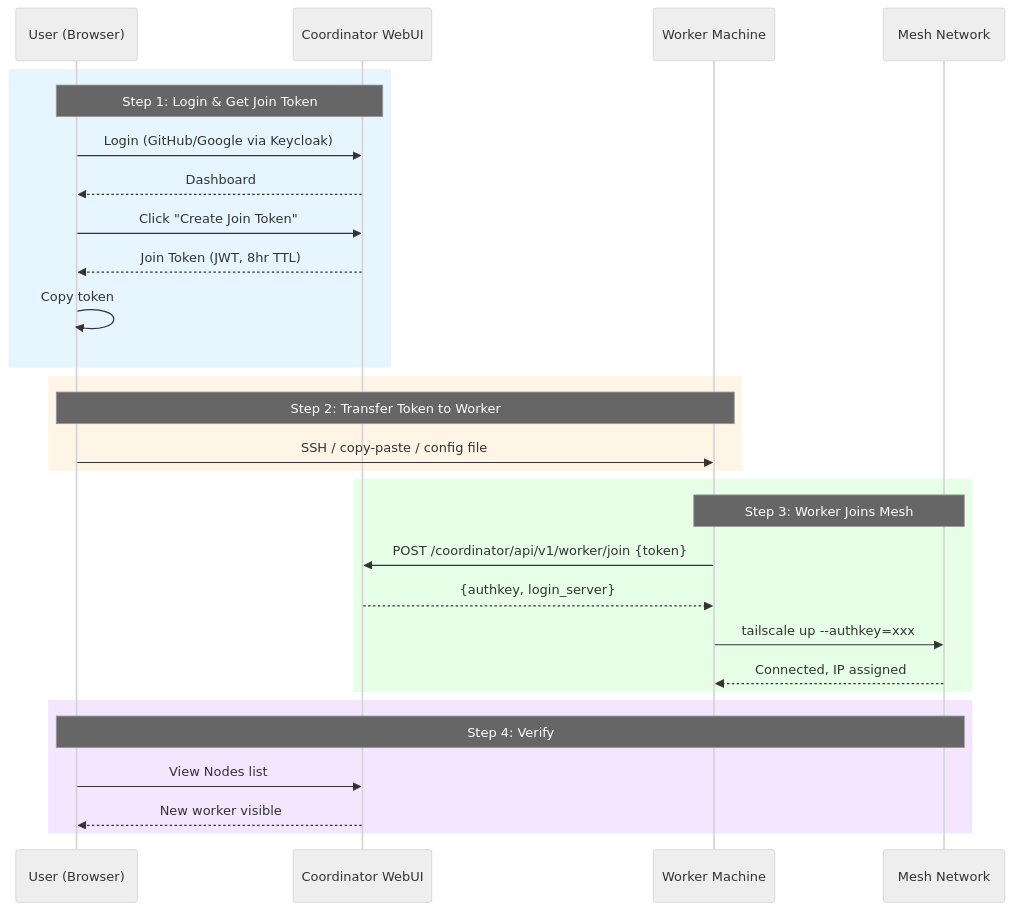
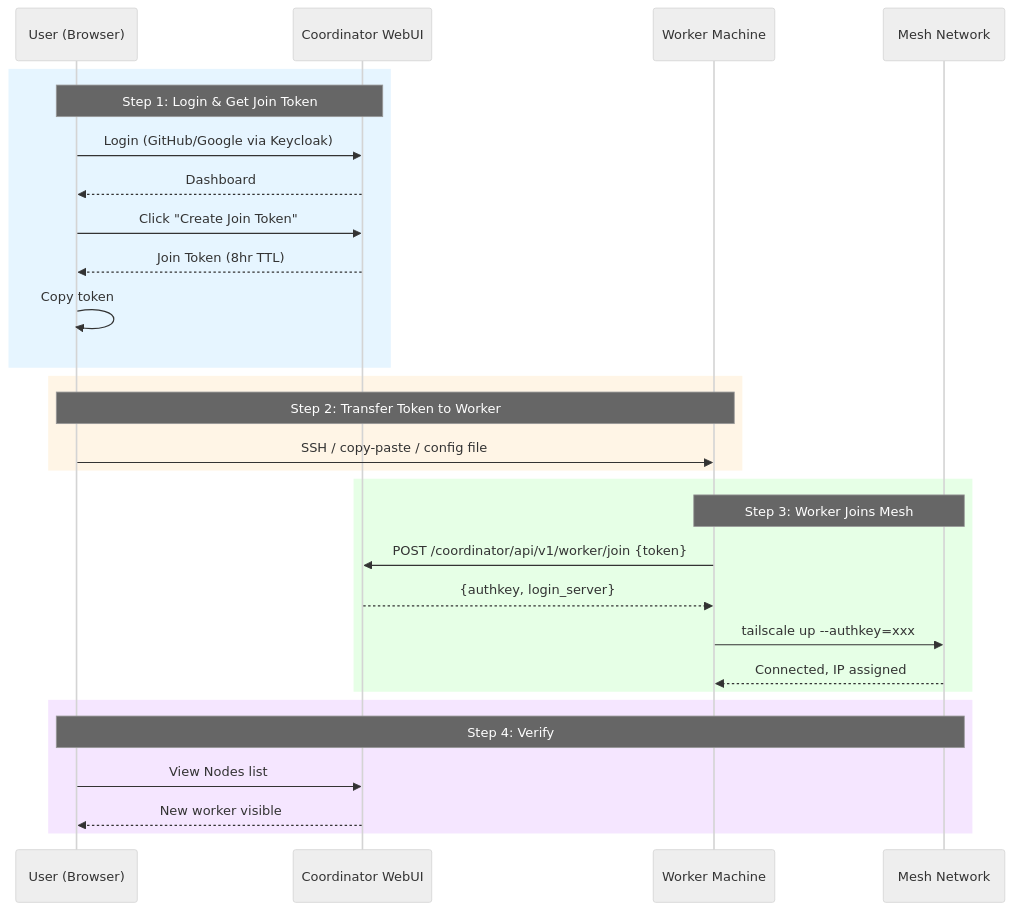
The fourth of 7 diagrams in docs/AUTH_DESIGN.md (STRRL/wonder-mesh-net), drawn with Mermaid (neutral theme) before and after one commit. The commit also changed other lines of this file, not shown here.

````diff
--- a/docs/AUTH_DESIGN.md
+++ b/docs/AUTH_DESIGN.md
@@ -202,35 +202,35 @@
 ```mermaid
 sequenceDiagram
     participant User as User (Browser)
     participant Portal as Coordinator WebUI
     participant Worker as Worker Machine
     participant Mesh as Mesh Network
 
     rect rgb(230, 245, 255)
     Note over User,Portal: Step 1: Login & Get Join Token
     User->>Portal: Login (GitHub/Google via Keycloak)
     Portal-->>User: Dashboard
     User->>Portal: Click "Create Join Token"
-    Portal-->>User: Join Token (JWT, 8hr TTL)
+    Portal-->>User: Join Token (8hr TTL)
     User->>User: Copy token
     end
 
     rect rgb(255, 245, 230)
     Note over User,Worker: Step 2: Transfer Token to Worker
     User->>Worker: SSH / copy-paste / config file
     end
 
     rect rgb(230, 255, 230)
     Note over Worker,Mesh: Step 3: Worker Joins Mesh
     Worker->>Portal: POST /coordinator/api/v1/worker/join {token}
     Portal-->>Worker: {authkey, login_server}
     Worker->>Mesh: tailscale up --authkey=xxx
     Mesh-->>Worker: Connected, IP assigned
     end
 
     rect rgb(245, 230, 255)
     Note over User,Mesh: Step 4: Verify
     User->>Portal: View Nodes list
     Portal-->>User: New worker visible
     end
 ```
````
